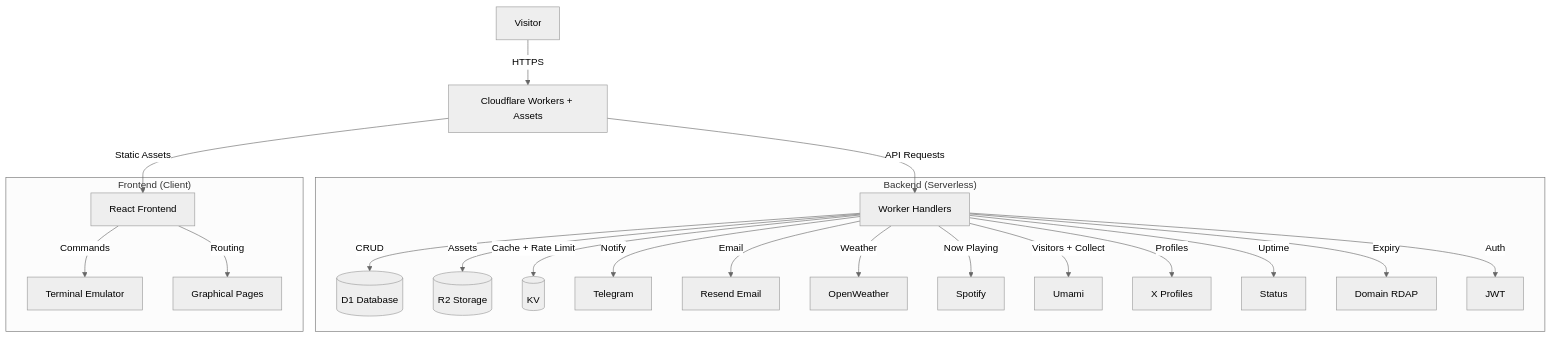
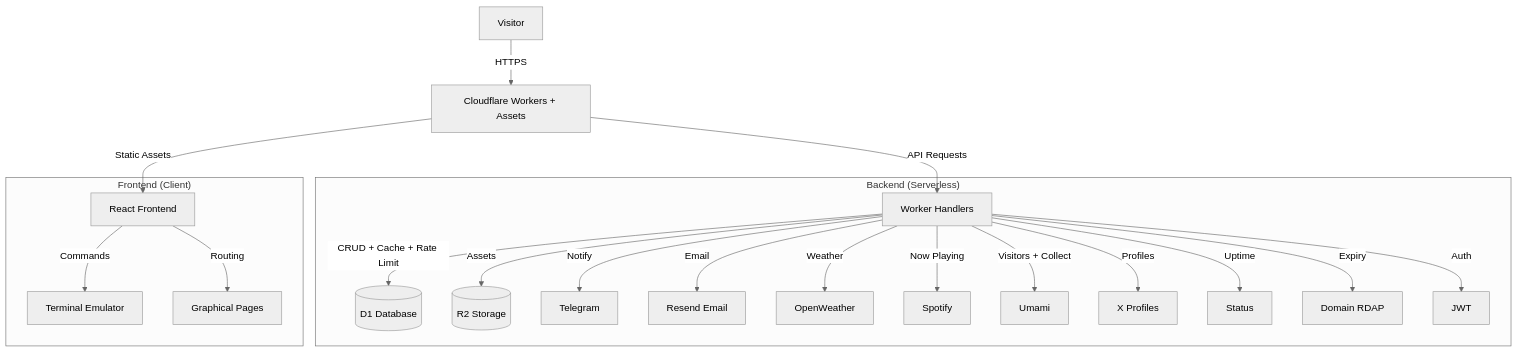
The first of 3 diagrams in docs/architecture.md (aphf/bweb), drawn with Mermaid (neutral theme) before and after one commit. The commit also changed other lines of this file and 2 other files, not shown here.

````diff
--- a/docs/architecture.md
+++ b/docs/architecture.md
@@ -9,26 +9,25 @@
 ```mermaid
 graph TD
     User[Visitor] -->|HTTPS| CF[Cloudflare Workers + Assets]
     CF -->|Static Assets| Frontend[React Frontend]
     CF -->|API Requests| Functions[Worker Handlers]
     
     subgraph "Backend (Serverless)"
-        Functions -->|CRUD| D1[(D1 Database)]
+        Functions -->|CRUD + Cache + Rate Limit| D1[(D1 Database)]
         Functions -->|Assets| R2[(R2 Storage)]
-        Functions -->|Cache + Rate Limit| KV[(KV)]
         Functions -->|Notify| Telegram[Telegram]
         Functions -->|Email| Resend[Resend Email]
         Functions -->|Weather| OpenWeather[OpenWeather]
         Functions -->|Now Playing| Spotify[Spotify]
         Functions -->|Visitors + Collect| Umami[Umami]
         Functions -->|Profiles| XAPI[X Profiles]
         Functions -->|Uptime| StatusAPI[Status]
         Functions -->|Expiry| RDAP["Domain RDAP"]
         Functions -->|Auth| JWT[JWT]
     end
     
     subgraph "Frontend (Client)"
         Frontend -->|Commands| Terminal[Terminal Emulator]
         Frontend -->|Routing| UI[Graphical Pages]
     end
 ```
````
